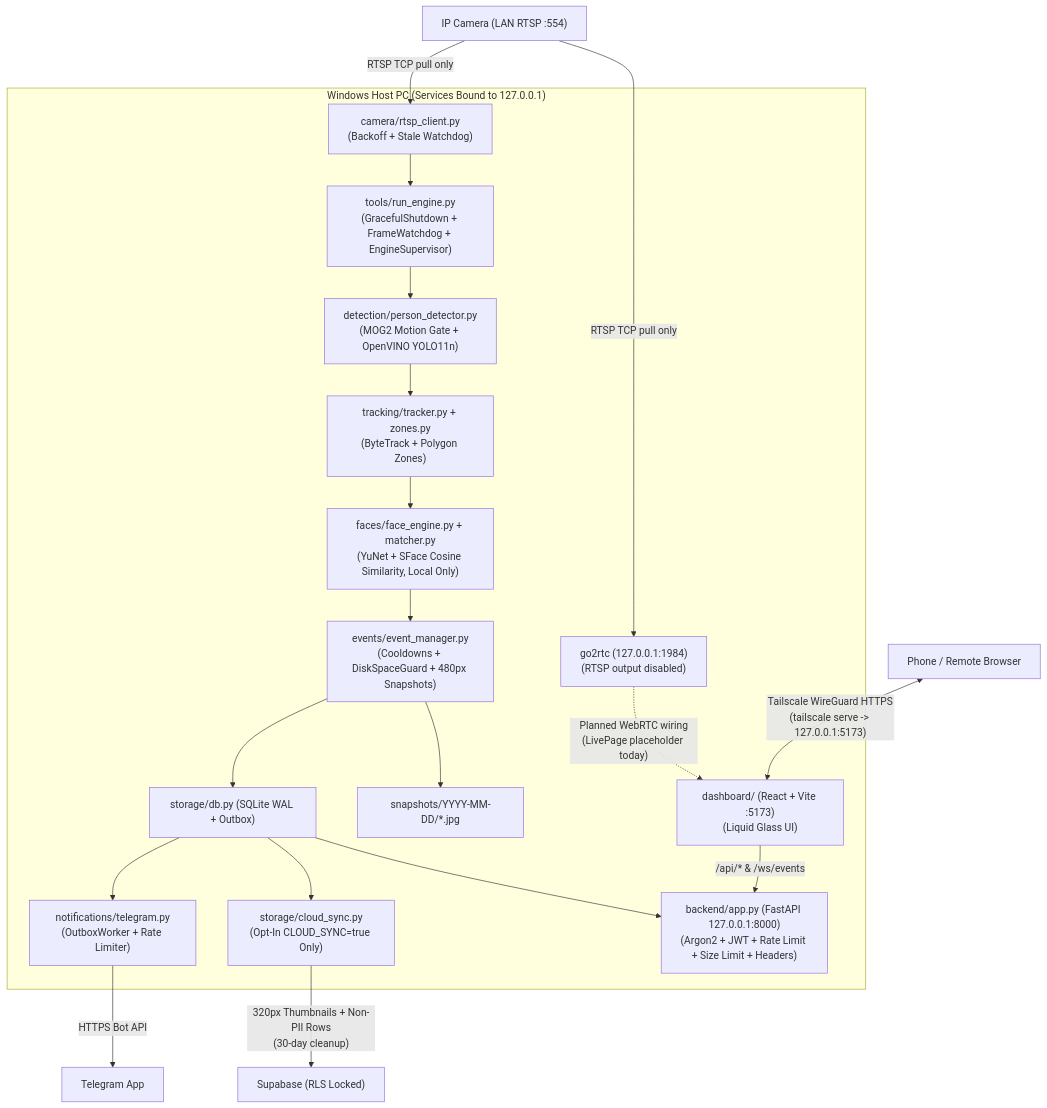
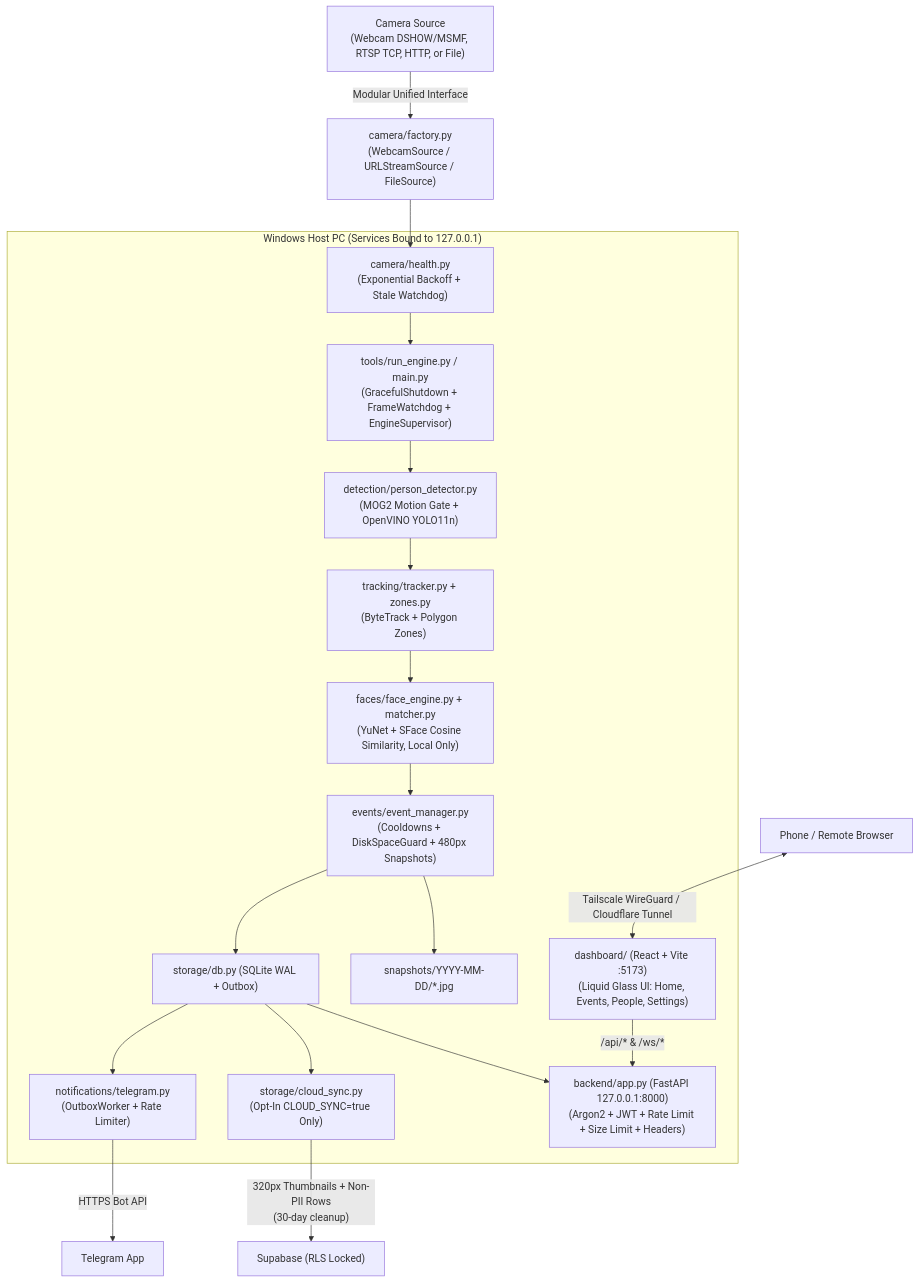
Before and after one commit to Vignesh-SVK24/AI-vision-Camera: the first of 2 diagrams in README.md, drawn with Mermaid. The commit also changed other lines of this file and 1 other file, not shown here.

````diff
--- a/README.md
+++ b/README.md
@@ -9,25 +9,24 @@
 ```mermaid
 flowchart TB
-    Cam["IP Camera (LAN RTSP :554)"] -->|RTSP TCP pull only| Cap["camera/rtsp_client.py<br/>(Backoff + Stale Watchdog)"]
-    Cam -->|RTSP TCP pull only| Go2["go2rtc (127.0.0.1:1984)<br/>(RTSP output disabled)"]
+    Cam["Camera Source<br/>(Webcam DSHOW/MSMF, RTSP TCP, HTTP, or File)"] -->|Modular Unified Interface| Cap["camera/factory.py<br/>(WebcamSource / URLStreamSource / FileSource)"]
+    Cap --> Health["camera/health.py<br/>(Exponential Backoff + Stale Watchdog)"]
 
     subgraph PC["Windows Host PC (Services Bound to 127.0.0.1)"]
-        Cap --> Engine["tools/run_engine.py<br/>(GracefulShutdown + FrameWatchdog + EngineSupervisor)"]
+        Health --> Engine["tools/run_engine.py / main.py<br/>(GracefulShutdown + FrameWatchdog + EngineSupervisor)"]
         Engine --> Motion["detection/person_detector.py<br/>(MOG2 Motion Gate + OpenVINO YOLO11n)"]
         Motion --> Track["tracking/tracker.py + zones.py<br/>(ByteTrack + Polygon Zones)"]
         Track --> Faces["faces/face_engine.py + matcher.py<br/>(YuNet + SFace Cosine Similarity, Local Only)"]
         Faces --> Events["events/event_manager.py<br/>(Cooldowns + DiskSpaceGuard + 480px Snapshots)"]
         Events --> DB["storage/db.py (SQLite WAL + Outbox)"]
         Events --> Snaps["snapshots/YYYY-MM-DD/*.jpg"]
 
         DB --> TG["notifications/telegram.py<br/>(OutboxWorker + Rate Limiter)"]
         DB --> SB["storage/cloud_sync.py<br/>(Opt-In CLOUD_SYNC=true Only)"]
         DB --> API["backend/app.py (FastAPI 127.0.0.1:8000)<br/>(Argon2 + JWT + Rate Limit + Size Limit + Headers)"]
-        Web["dashboard/ (React + Vite :5173)<br/>(Liquid Glass UI)"] -->|"/api/* & /ws/events"| API
-        Go2 -.->|"Planned WebRTC wiring<br/>(LivePage placeholder today)"| Web
+        Web["dashboard/ (React + Vite :5173)<br/>(Liquid Glass UI: Home, Events, People, Settings)"] -->|"/api/* & /ws/*"| API
     end
 
     TG -->|"HTTPS Bot API"| Telegram["Telegram App"]
     SB -->|"320px Thumbnails + Non-PII Rows<br/>(30-day cleanup)"| Supabase["Supabase (RLS Locked)"]
-    Phone["Phone / Remote Browser"] <-->|"Tailscale WireGuard HTTPS<br/>(tailscale serve -> 127.0.0.1:5173)"| Web
+    Phone["Phone / Remote Browser"] <-->|"Tailscale WireGuard / Cloudflare Tunnel"| Web
 ```
````
